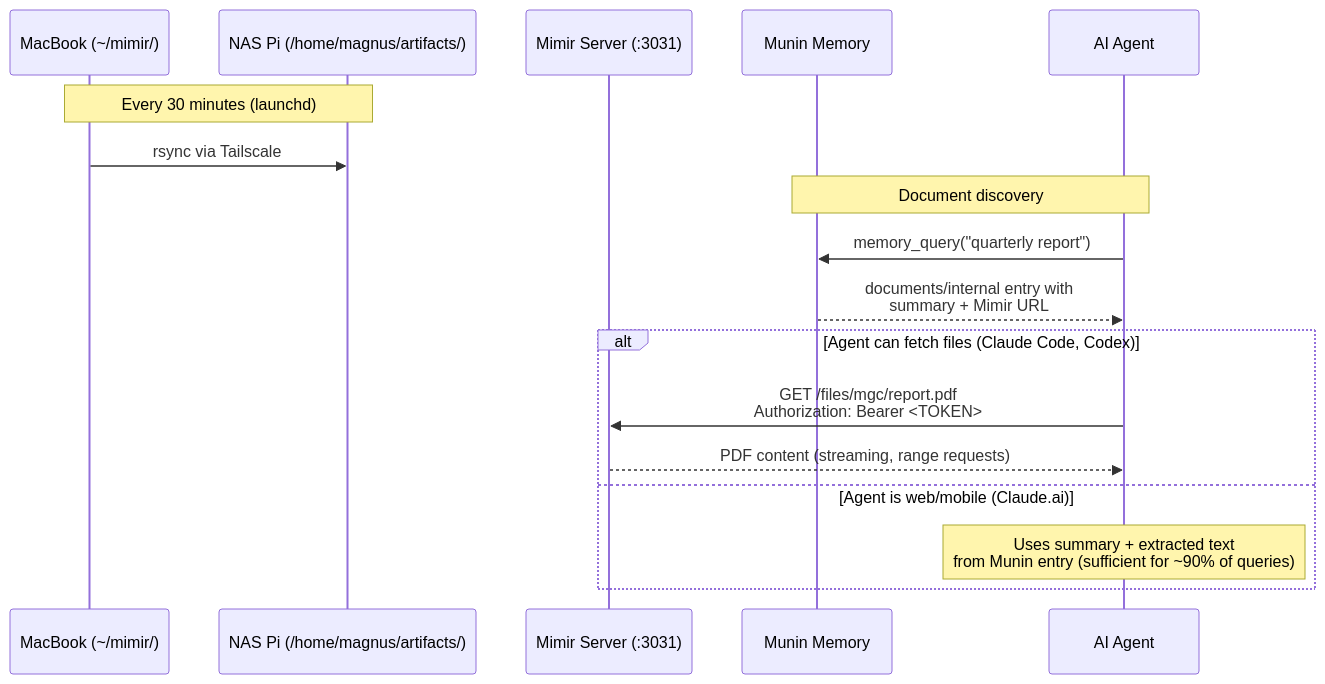
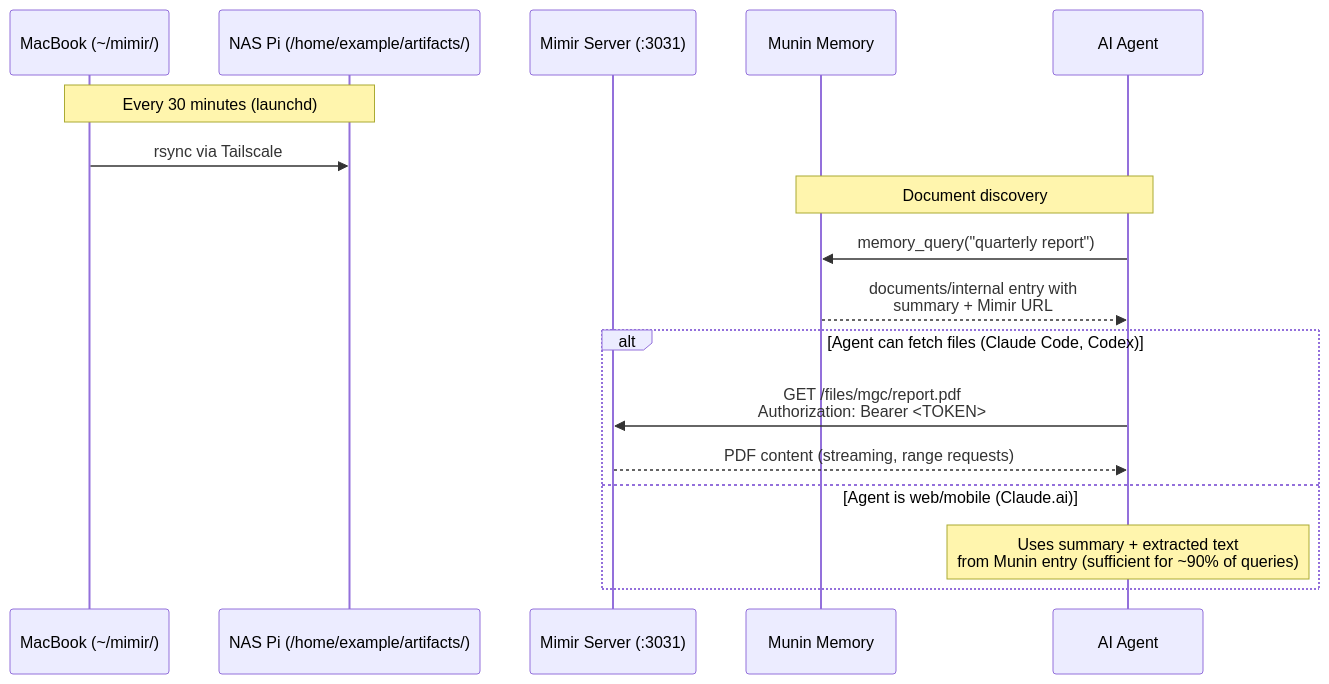
One commit to Magnus-Gille/grimnir changed the third of 4 diagrams in docs/architecture.md. Above: the diagram before and after it, drawn with Mermaid. The commit also changed other lines of this file and 26 other files, not shown here.

````diff
--- a/docs/architecture.md
+++ b/docs/architecture.md
@@ -321,22 +321,22 @@
 ```mermaid
 sequenceDiagram
     participant Laptop as MacBook (~/mimir/)
-    participant NAS as NAS Pi (/home/magnus/artifacts/)
+    participant NAS as NAS Pi (/home/example/artifacts/)
     participant Mimir as Mimir Server (:3031)
     participant Munin as Munin Memory
     participant Agent as AI Agent
 
     Note over Laptop,NAS: Every 30 minutes (launchd)
     Laptop->>NAS: rsync via Tailscale
 
     Note over Agent,Munin: Document discovery
     Agent->>Munin: memory_query("quarterly report")
     Munin-->>Agent: documents/internal entry with<br/>summary + Mimir URL
 
     alt Agent can fetch files (Claude Code, Codex)
         Agent->>Mimir: GET /files/mgc/report.pdf<br/>Authorization: Bearer <TOKEN>
         Mimir-->>Agent: PDF content (streaming, range requests)
     else Agent is web/mobile (Claude.ai)
         Note over Agent: Uses summary + extracted text<br/>from Munin entry (sufficient for ~90% of queries)
     end
 ```
````
